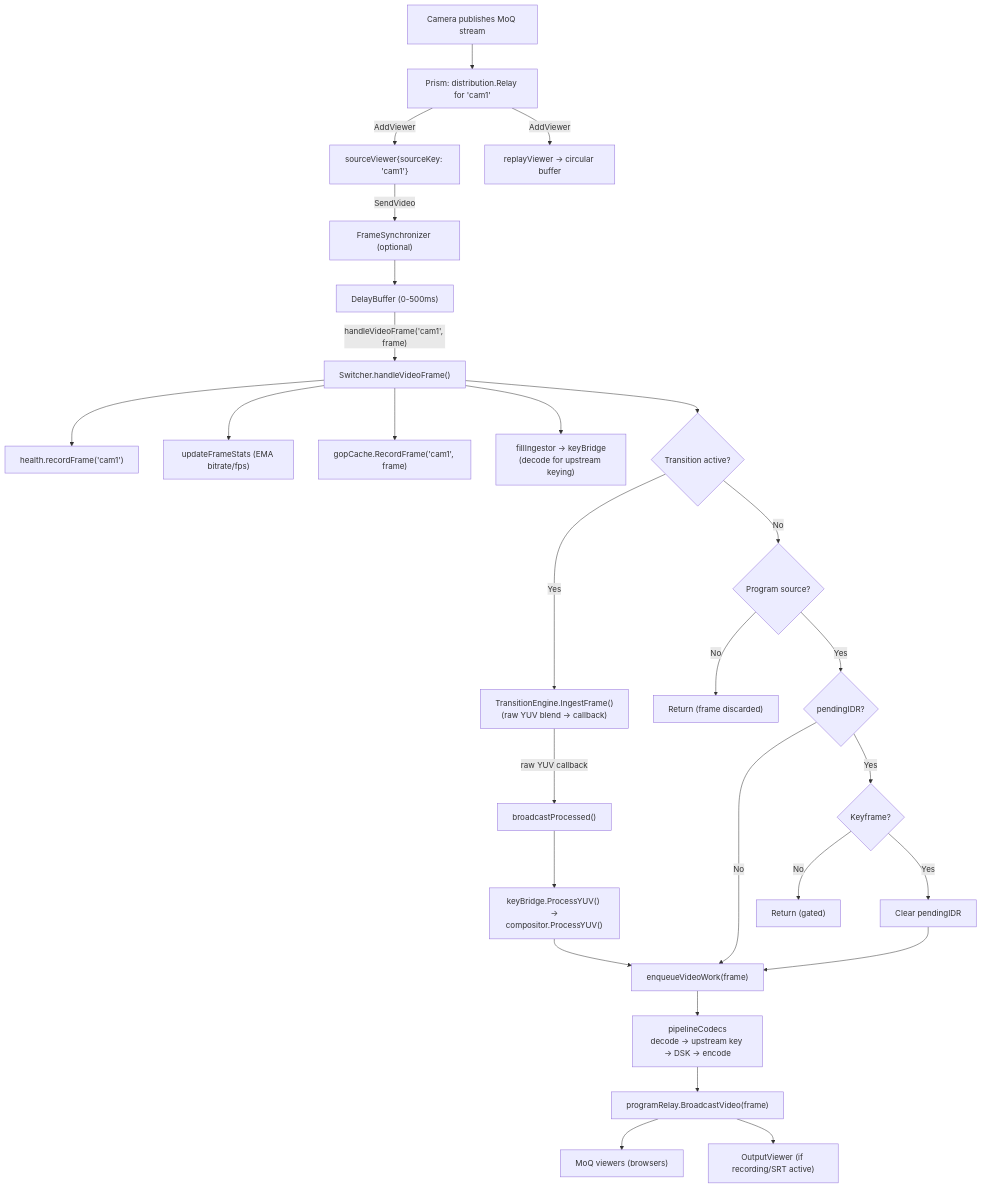
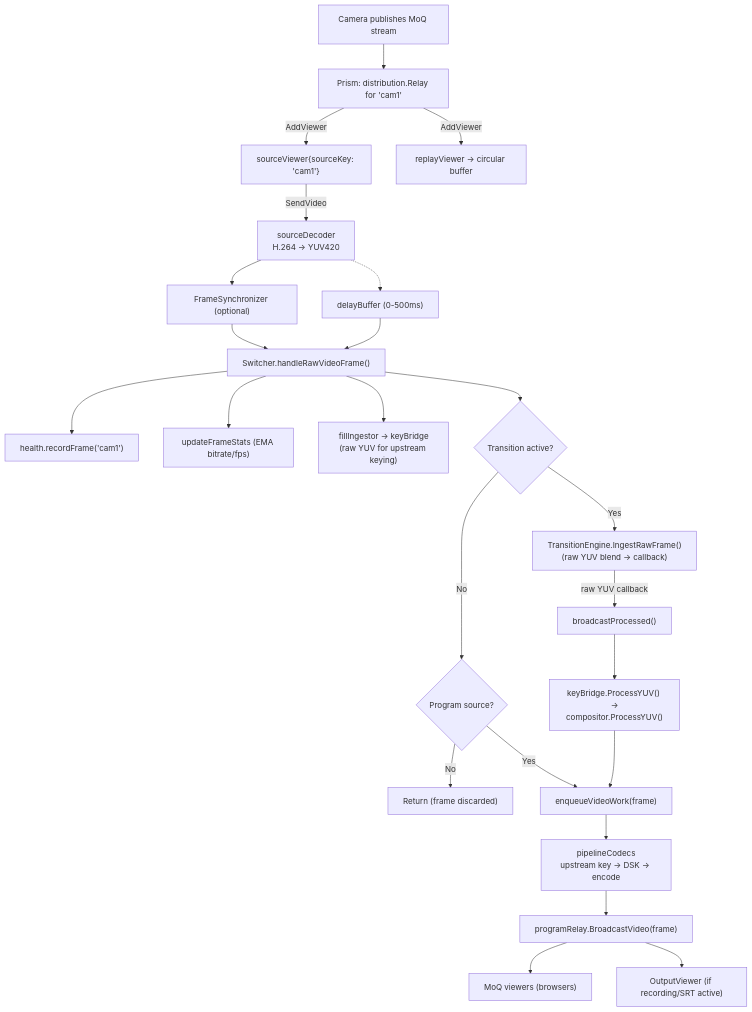
Before and after one commit to zsiec/switchframe: diagram 19 of 23 in docs/architecture.md, drawn with Mermaid. The commit also changed other lines of this file and 6 other files, not shown here.

````diff
--- a/docs/architecture.md
+++ b/docs/architecture.md
@@ -1122,33 +1162,30 @@
 ```mermaid
 flowchart TD
     pub["Camera publishes MoQ stream"] --> relay["Prism: distribution.Relay for 'cam1'"]
     relay -->|AddViewer| sv["sourceViewer{sourceKey: 'cam1'}"]
     relay -->|AddViewer| rv["replayViewer → circular buffer"]
-    sv -->|SendVideo| fs["FrameSynchronizer (optional)"]
-    fs --> delay["DelayBuffer (0-500ms)"]
-    delay -->|"handleVideoFrame('cam1', frame)"| hvf["Switcher.handleVideoFrame()"]
+    sv -->|SendVideo| sd["sourceDecoder<br/>H.264 → YUV420"]
+    sd --> fs["FrameSynchronizer (optional)"]
+    sd -.-> delay["delayBuffer (0-500ms)"]
+    fs --> hvf["Switcher.handleRawVideoFrame()"]
+    delay --> hvf
 
     hvf --> health["health.recordFrame('cam1')"]
     hvf --> stats["updateFrameStats (EMA bitrate/fps)"]
-    hvf --> gop["gopCache.RecordFrame('cam1', frame)"]
-    hvf --> fill["fillIngestor → keyBridge<br/>(decode for upstream keying)"]
+    hvf --> fill["fillIngestor → keyBridge<br/>(raw YUV for upstream keying)"]
 
     hvf --> trans{"Transition active?"}
-    trans -->|Yes| te["TransitionEngine.IngestFrame()<br/>(raw YUV blend → callback)"]
+    trans -->|Yes| te["TransitionEngine.IngestRawFrame()<br/>(raw YUV blend → callback)"]
     trans -->|No| pgm{"Program source?"}
     pgm -->|No| discard["Return (frame discarded)"]
-    pgm -->|Yes| idr{"pendingIDR?"}
-    idr -->|No| bv["enqueueVideoWork(frame)"]
-    idr -->|Yes| kf{"Keyframe?"}
-    kf -->|No| gate["Return (gated)"]
-    kf -->|Yes| clear["Clear pendingIDR"] --> bv
+    pgm -->|Yes| bv["enqueueVideoWork(frame)"]
 
     te -->|"raw YUV callback"| proc["broadcastProcessed()"]
     proc --> keycomp["keyBridge.ProcessYUV() →<br/>compositor.ProcessYUV()"]
     keycomp --> bv
 
-    bv --> pipeline["pipelineCodecs<br/>decode → upstream key → DSK → encode"]
+    bv --> pipeline["pipelineCodecs<br/>upstream key → DSK → encode"]
     pipeline --> broadcast["programRelay.BroadcastVideo(frame)"]
     broadcast --> browsers["MoQ viewers (browsers)"]
     broadcast --> output["OutputViewer (if recording/SRT active)"]
 ```
````
